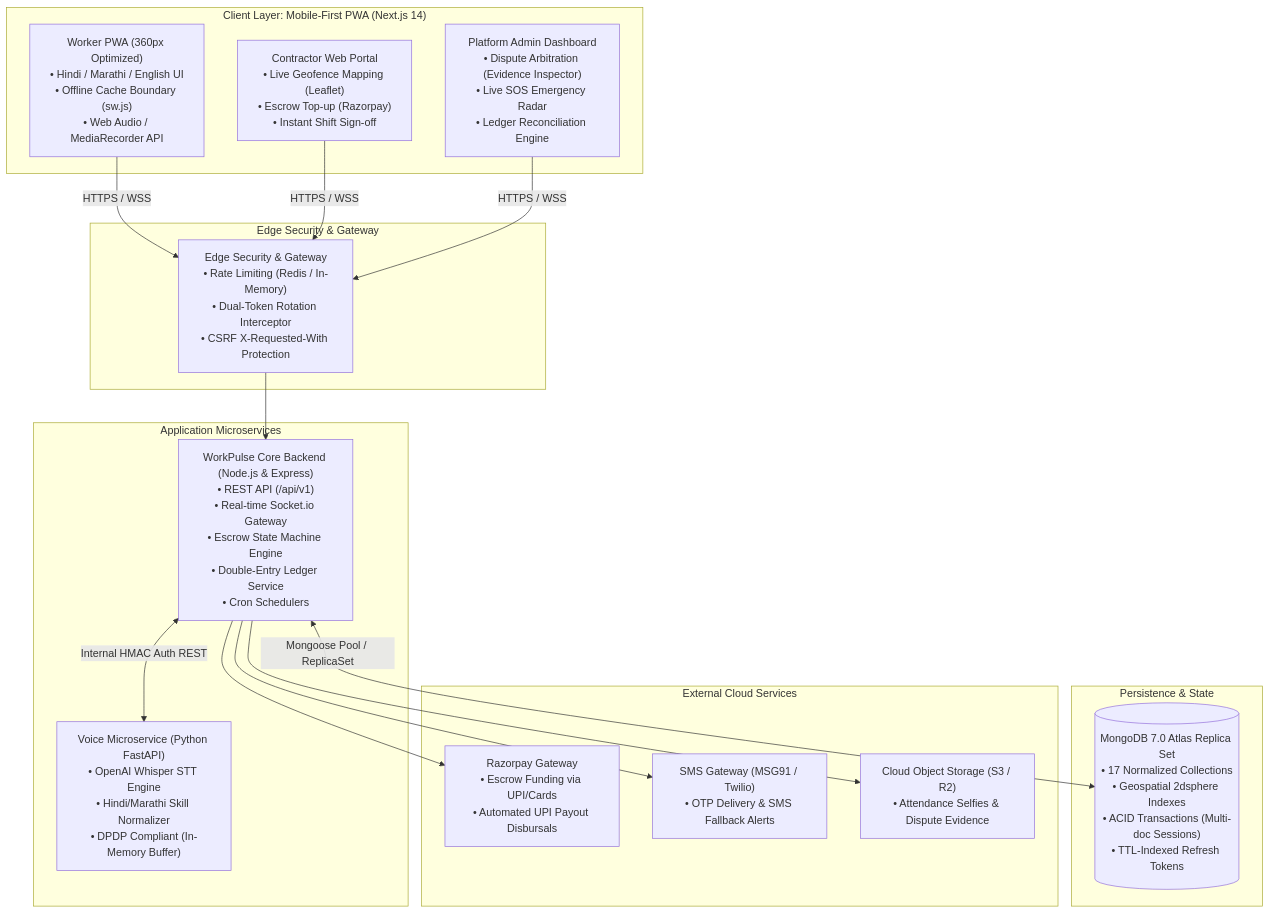
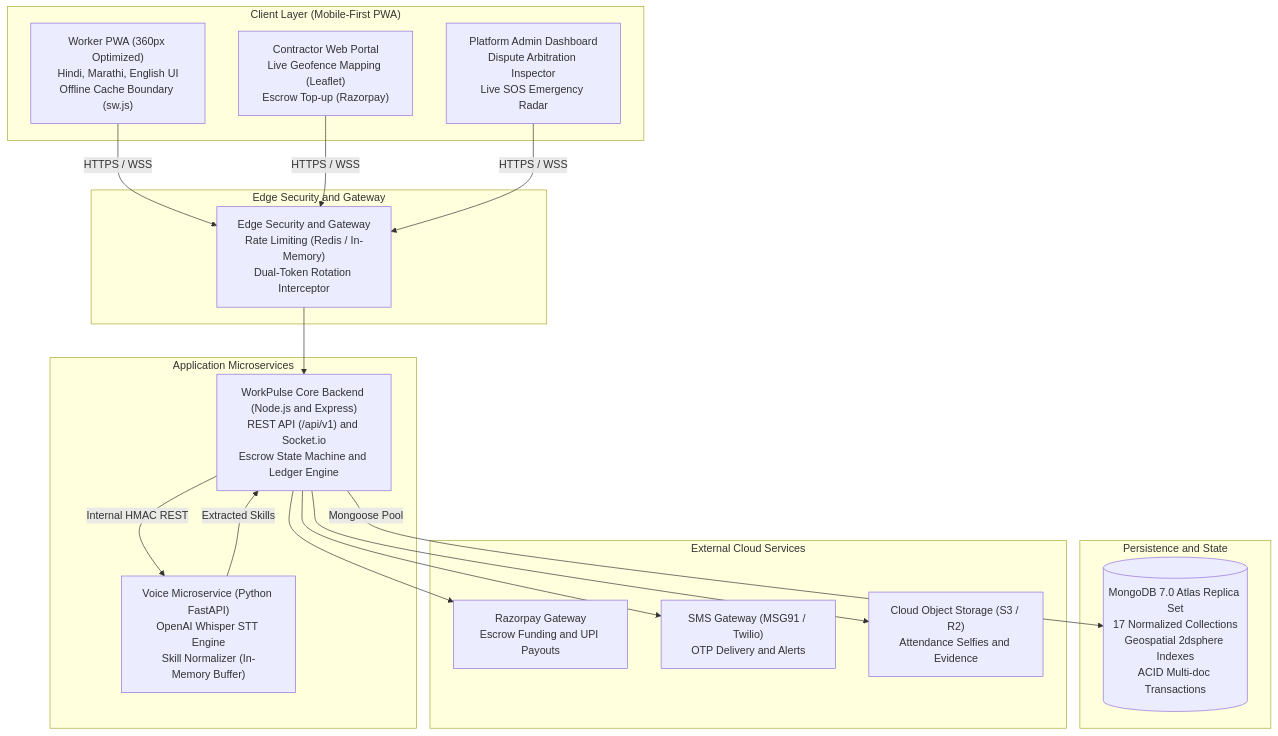
One commit to kasimshah19/WorkPulse changed the third of 4 diagrams in README.md. Above: the diagram before and after it, drawn with Mermaid. The commit also changed other lines of this file, not shown here.

Commit message:
docs: fix Mermaid syntax strictly for GitHub markdown rich display rendering

````diff
--- a/README.md
+++ b/README.md
@@ -215,37 +201,38 @@
 ```mermaid
 flowchart TB
-    subgraph ClientLayer ["Client Layer: Mobile-First PWA (Next.js 14)"]
-        WorkerClient["Worker PWA (360px Optimized)<br/>• Hindi / Marathi / English UI<br/>• Offline Cache Boundary (sw.js)<br/>• Web Audio / MediaRecorder API"]
-        ContractorClient["Contractor Web Portal<br/>• Live Geofence Mapping (Leaflet)<br/>• Escrow Top-up (Razorpay)<br/>• Instant Shift Sign-off"]
-        AdminPortal["Platform Admin Dashboard<br/>• Dispute Arbitration (Evidence Inspector)<br/>• Live SOS Emergency Radar<br/>• Ledger Reconciliation Engine"]
+    subgraph ClientLayer ["Client Layer (Mobile-First PWA)"]
+        WorkerClient["Worker PWA (360px Optimized)<br>Hindi, Marathi, English UI<br>Offline Cache Boundary (sw.js)"]
+        ContractorClient["Contractor Web Portal<br>Live Geofence Mapping (Leaflet)<br>Escrow Top-up (Razorpay)"]
+        AdminPortal["Platform Admin Dashboard<br>Dispute Arbitration Inspector<br>Live SOS Emergency Radar"]
     end
 
-    subgraph EdgeLayer ["Edge Security & Gateway"]
-        EdgeGateway["Edge Security & Gateway<br/>• Rate Limiting (Redis / In-Memory)<br/>• Dual-Token Rotation Interceptor<br/>• CSRF X-Requested-With Protection"]
+    subgraph EdgeLayer ["Edge Security and Gateway"]
+        EdgeGateway["Edge Security and Gateway<br>Rate Limiting (Redis / In-Memory)<br>Dual-Token Rotation Interceptor"]
     end
 
     subgraph ServiceLayer ["Application Microservices"]
-        BackendAPI["WorkPulse Core Backend (Node.js & Express)<br/>• REST API (/api/v1)<br/>• Real-time Socket.io Gateway<br/>• Escrow State Machine Engine<br/>• Double-Entry Ledger Service<br/>• Cron Schedulers"]
-        VoiceService["Voice Microservice (Python FastAPI)<br/>• OpenAI Whisper STT Engine<br/>• Hindi/Marathi Skill Normalizer<br/>• DPDP Compliant (In-Memory Buffer)"]
+        BackendAPI["WorkPulse Core Backend (Node.js and Express)<br>REST API (/api/v1) and Socket.io<br>Escrow State Machine and Ledger Engine"]
+        VoiceService["Voice Microservice (Python FastAPI)<br>OpenAI Whisper STT Engine<br>Skill Normalizer (In-Memory Buffer)"]
     end
 
-    subgraph DataLayer ["Persistence & State"]
-        MongoDB[("MongoDB 7.0 Atlas Replica Set<br/>• 17 Normalized Collections<br/>• Geospatial 2dsphere Indexes<br/>• ACID Transactions (Multi-doc Sessions)<br/>• TTL-Indexed Refresh Tokens")]
+    subgraph DataLayer ["Persistence and State"]
+        MongoDB[("MongoDB 7.0 Atlas Replica Set<br>17 Normalized Collections<br>Geospatial 2dsphere Indexes<br>ACID Multi-doc Transactions")]
     end
 
     subgraph ExternalGateways ["External Cloud Services"]
-        Razorpay["Razorpay Gateway<br/>• Escrow Funding via UPI/Cards<br/>• Automated UPI Payout Disbursals"]
-        SMS["SMS Gateway (MSG91 / Twilio)<br/>• OTP Delivery & SMS Fallback Alerts"]
-        ObjectStorage["Cloud Object Storage (S3 / R2)<br/>• Attendance Selfies & Dispute Evidence"]
+        Razorpay["Razorpay Gateway<br>Escrow Funding and UPI Payouts"]
+        SMS["SMS Gateway (MSG91 / Twilio)<br>OTP Delivery and Alerts"]
+        ObjectStorage["Cloud Object Storage (S3 / R2)<br>Attendance Selfies and Evidence"]
     end
 
     WorkerClient -->|HTTPS / WSS| EdgeGateway
     ContractorClient -->|HTTPS / WSS| EdgeGateway
     AdminPortal -->|HTTPS / WSS| EdgeGateway
     EdgeGateway --> BackendAPI
-    BackendAPI <-->|Internal HMAC Auth REST| VoiceService
-    BackendAPI <-->|Mongoose Pool / ReplicaSet| MongoDB
+    BackendAPI -->|Internal HMAC REST| VoiceService
+    VoiceService -->|Extracted Skills| BackendAPI
+    BackendAPI -->|Mongoose Pool| MongoDB
     BackendAPI --> Razorpay
     BackendAPI --> SMS
     BackendAPI --> ObjectStorage
 ```
````
